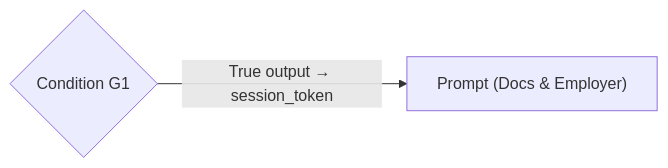
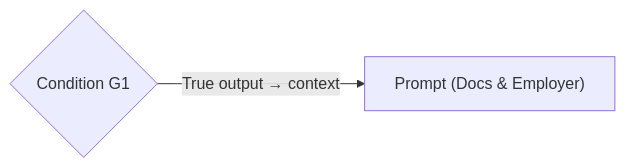
Before and after one commit to vmleon/oracle-database-private-agent-factory-poc: diagram 13 of 23 in paf/flows/CHAT_WORKFLOW.md, drawn with Mermaid. The commit also changed other lines of this file and 10 other files, not shown here.

````diff
--- a/paf/flows/CHAT_WORKFLOW.md
+++ b/paf/flows/CHAT_WORKFLOW.md
@@ -248,4 +337,4 @@
 ```mermaid
 flowchart LR
-    G1{"Condition G1"} -->|True output → session_token| P["Prompt (Docs & Employer)"]
+    G1{"Condition G1"} -->|True output → context| P["Prompt (Docs & Employer)"]
 ```
````
